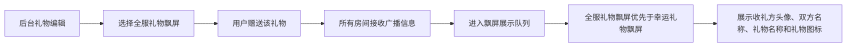
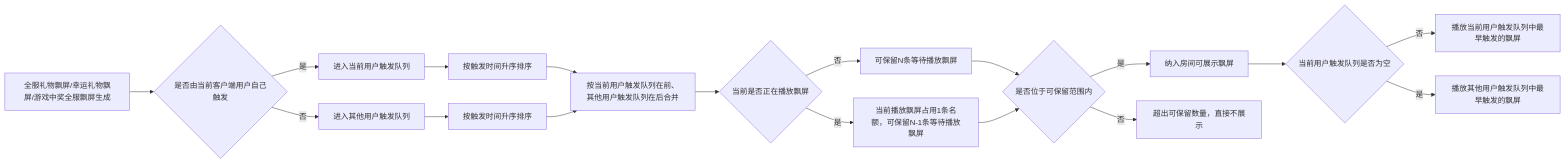
The fourth of 5 diagrams in TOPKHALIJ_2.1.30需求文档.md (kocekid/TOPKHALIJ_2.1.35), drawn with Mermaid before and after one commit. The commit also changed other lines of this file, not shown here.

````diff
--- a/TOPKHALIJ_2.1.30需求文档.md
+++ b/TOPKHALIJ_2.1.30需求文档.md
@@ -417,9 +422,20 @@
 ```mermaid
 flowchart LR
-    A[后台礼物编辑] --> B[选择全服礼物飘屏]
-    B --> C[用户赠送该礼物]
-    C --> D[所有房间接收广播信息]
-    D --> E[进入飘屏展示队列]
-    E --> F[全服礼物飘屏优先于幸运礼物飘屏]
-    F --> G[展示收礼方头像、双方名称、礼物名称和礼物图标]
+    A[全服礼物飘屏/幸运礼物飘屏/游戏中奖全服飘屏生成] --> B{是否由当前客户端用户自己触发}
+    B -->|是| C[进入当前用户触发队列]
+    B -->|否| D[进入其他用户触发队列]
+    C --> E[按触发时间升序排序]
+    D --> F[按触发时间升序排序]
+    E --> G[按当前用户触发队列在前、其他用户触发队列在后合并]
+    F --> G
+    G --> H{当前是否正在播放飘屏}
+    H -->|否| I[可保留N条等待播放飘屏]
+    H -->|是| J[当前播放飘屏占用1条名额，可保留N-1条等待播放飘屏]
+    I --> K{是否位于可保留范围内}
+    J --> K
+    K -->|是| L[纳入房间可展示飘屏]
+    K -->|否| M[超出可保留数量，直接不展示]
+    L --> N{当前用户触发队列是否为空}
+    N -->|否| O[播放当前用户触发队列中最早触发的飘屏]
+    N -->|是| P[播放其他用户触发队列中最早触发的飘屏]
 ```
````
